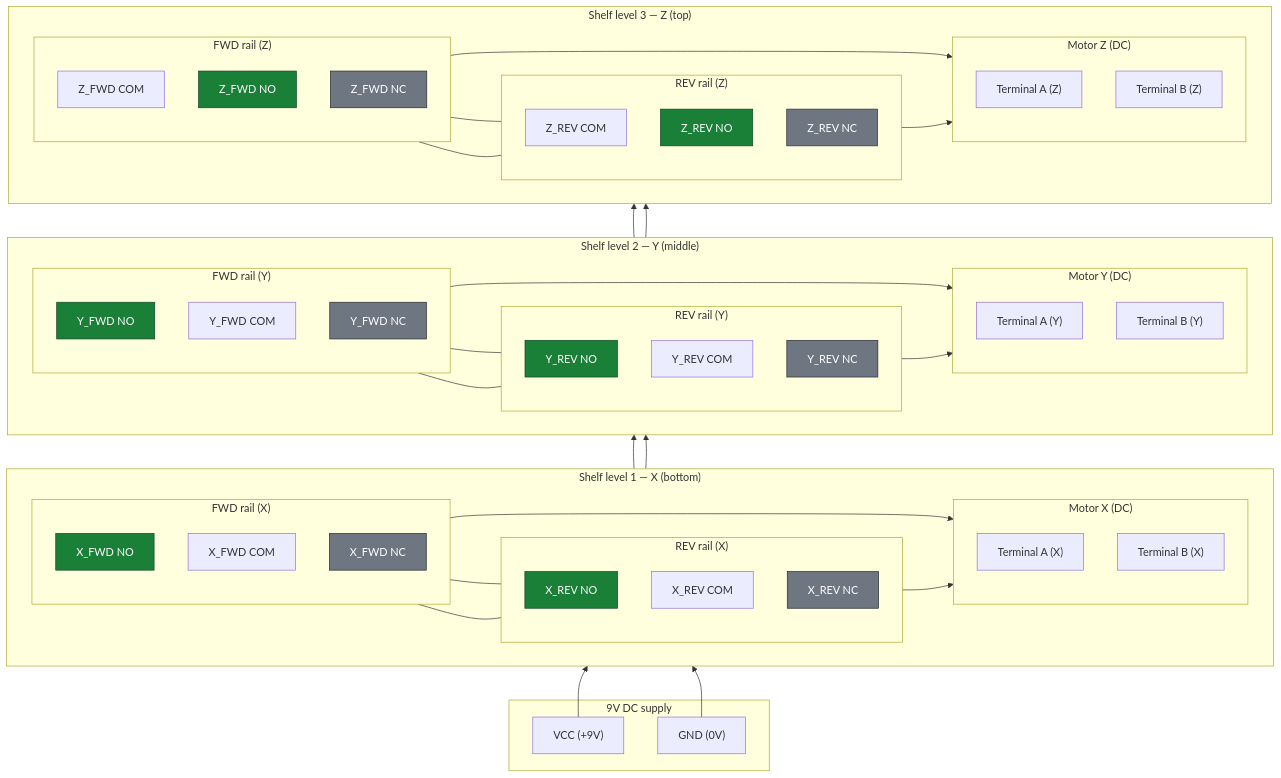
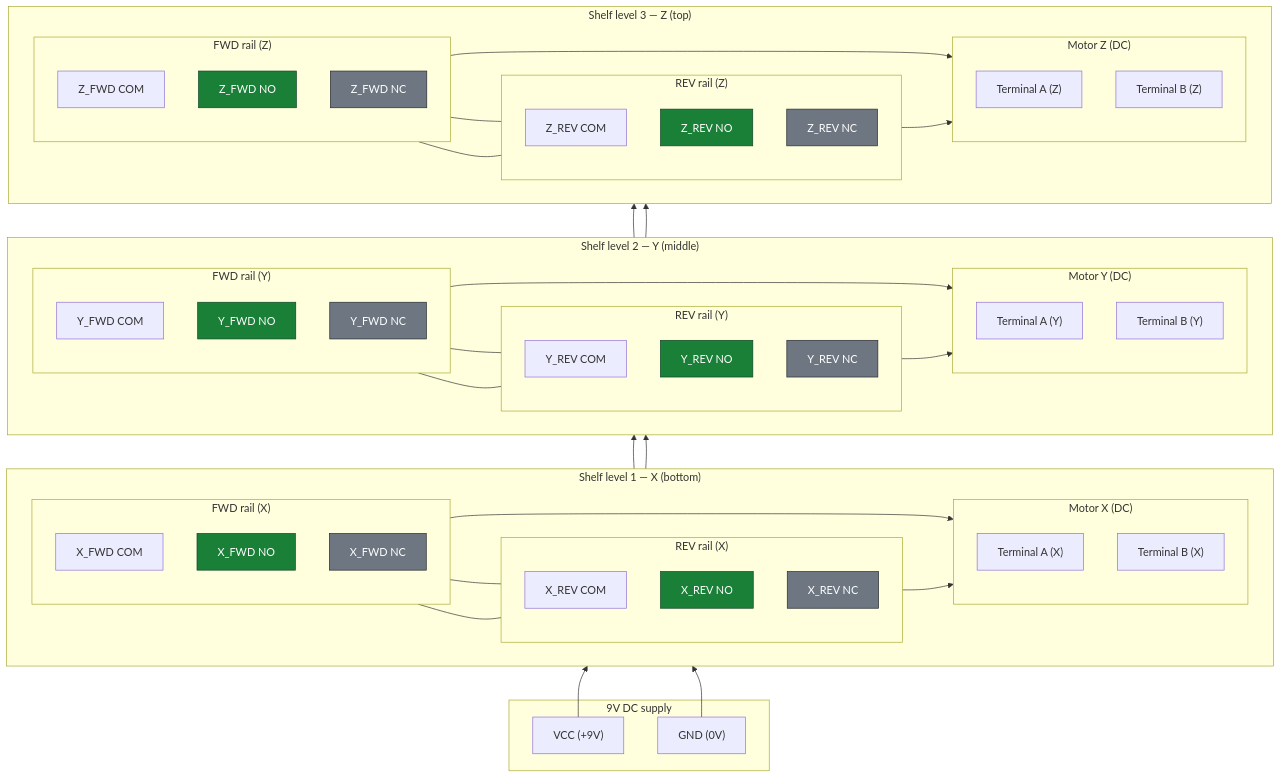
The diagram in SEGUNDO CORTE/README.md (SB-312/Proyecto-Intermedio-IIoT), drawn with Mermaid before and after one commit. The commit also changed other lines of this file, not shown here.

```diff
--- a/SEGUNDO CORTE/README.md
+++ b/SEGUNDO CORTE/README.md
@@ -43,14 +43,14 @@
   direction LR
   subgraph YREV["REV rail (Y)"]
     direction TB
+    Y_REV_COM["Y_REV COM"]
     Y_REV_NO["Y_REV NO"]
-    Y_REV_COM["Y_REV COM"]
     Y_REV_NC["Y_REV NC"]
   end
   subgraph YFWD["FWD rail (Y)"]
     direction TB
+    Y_FWD_COM["Y_FWD COM"]
     Y_FWD_NO["Y_FWD NO"]
-    Y_FWD_COM["Y_FWD COM"]
     Y_FWD_NC["Y_FWD NC"]
   end
   subgraph YM["Motor Y (DC)"]
@@ -69,14 +69,14 @@
   direction LR
   subgraph XREV["REV rail (X)"]
     direction TB
+    X_REV_COM["X_REV COM"]
     X_REV_NO["X_REV NO"]
-    X_REV_COM["X_REV COM"]
     X_REV_NC["X_REV NC"]
   end
   subgraph XFWD["FWD rail (X)"]
     direction TB
+    X_FWD_COM["X_FWD COM"]
     X_FWD_NO["X_FWD NO"]
-    X_FWD_COM["X_FWD COM"]
     X_FWD_NC["X_FWD NC"]
   end
   subgraph XM["Motor X (DC)"]
```
